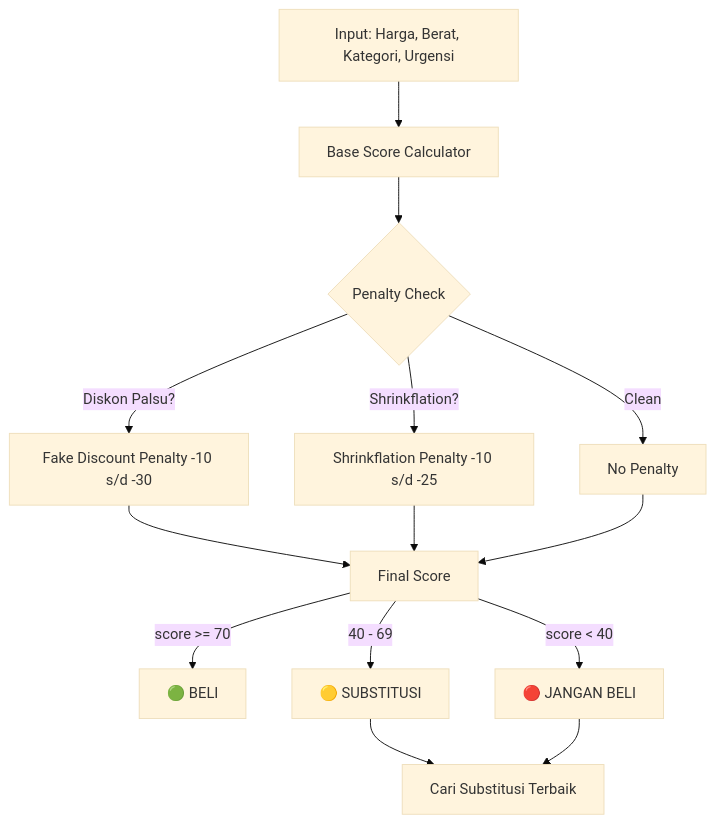
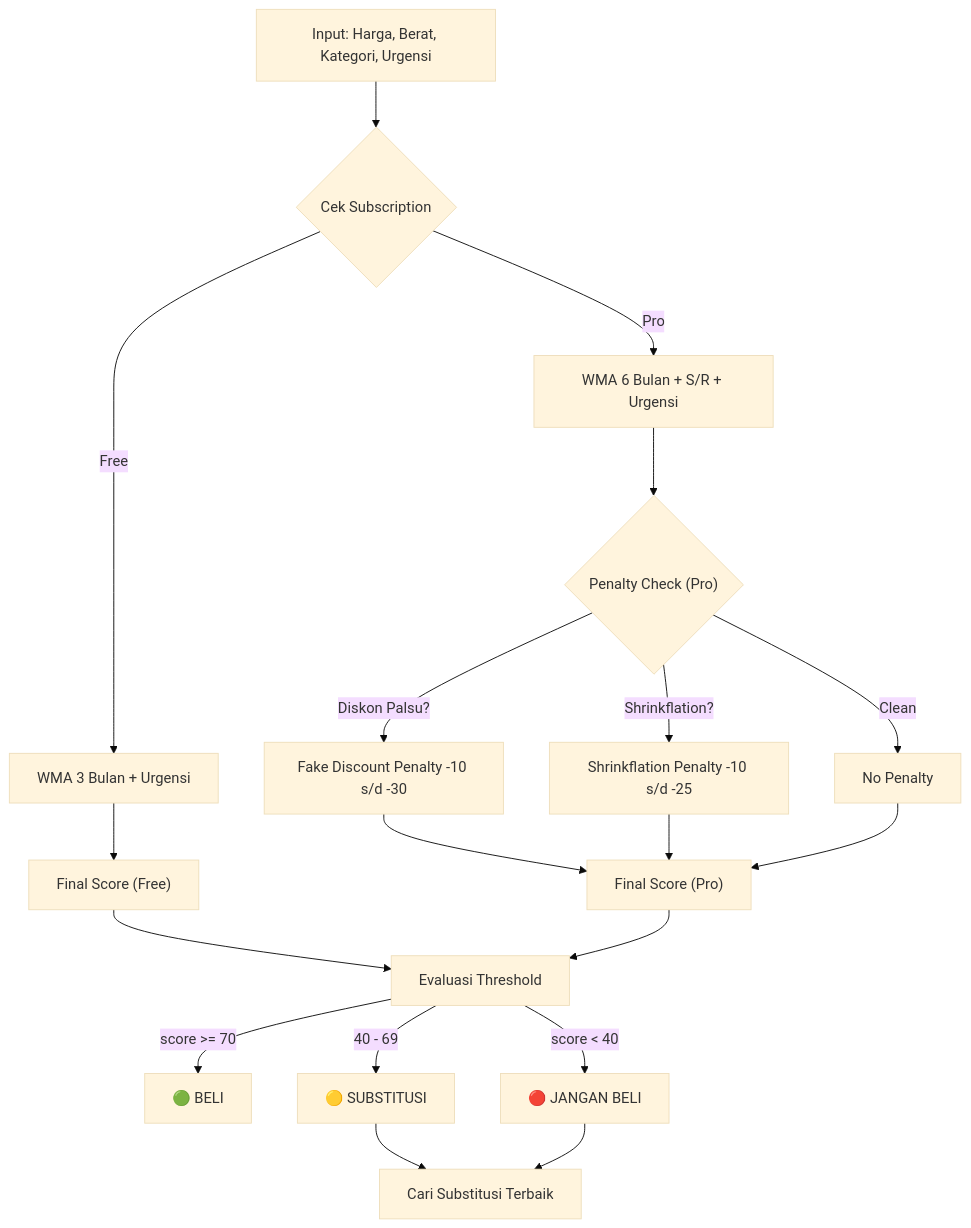
The third of 3 diagrams in docs/PRD_WorthIt_Part1.md (chulopp/WorthIt), drawn with Mermaid (base theme) before and after one commit. The commit also changed other lines of this file and 3291 other files, not shown here.

````diff
--- a/docs/PRD_WorthIt_Part1.md
+++ b/docs/PRD_WorthIt_Part1.md
@@ -349,16 +423,21 @@
 ```mermaid
 graph TD
-    A["Input: Harga, Berat, Kategori, Urgensi"] --> B["Base Score Calculator"]
-    B --> C{"Penalty Check"}
-    C -->|"Diskon Palsu?"| D["Fake Discount Penalty -10 s/d -30"]
-    C -->|"Shrinkflation?"| E["Shrinkflation Penalty -10 s/d -25"]
-    C -->|"Clean"| F["No Penalty"]
-    D --> G["Final Score"]
-    E --> G
-    F --> G
-    G -->|"score >= 70"| H["🟢 BELI"]
-    G -->|"40 - 69"| I["🟡 SUBSTITUSI"]
-    G -->|"score < 40"| J["🔴 JANGAN BELI"]
-    I --> K["Cari Substitusi Terbaik"]
+    A["Input: Harga, Berat, Kategori, Urgensi"] --> B{"Cek Subscription"}
+    B -->|Free| C["WMA 3 Bulan + Urgensi"]
+    B -->|Pro| D["WMA 6 Bulan + S/R + Urgensi"]
+    C --> E["Final Score (Free)"]
+    D --> F{"Penalty Check (Pro)"}
+    F -->|"Diskon Palsu?"| G["Fake Discount Penalty -10 s/d -30"]
+    F -->|"Shrinkflation?"| H["Shrinkflation Penalty -10 s/d -25"]
+    F -->|"Clean"| I["No Penalty"]
+    G --> J["Final Score (Pro)"]
+    H --> J
+    I --> J
+    E --> K["Evaluasi Threshold"]
     J --> K
+    K -->|"score >= 70"| L["🟢 BELI"]
+    K -->|"40 - 69"| M["🟡 SUBSTITUSI"]
+    K -->|"score < 40"| N["🔴 JANGAN BELI"]
+    M --> O["Cari Substitusi Terbaik"]
+    N --> O
 ```
````
